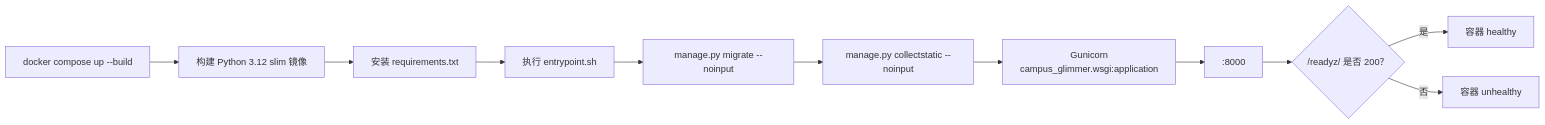
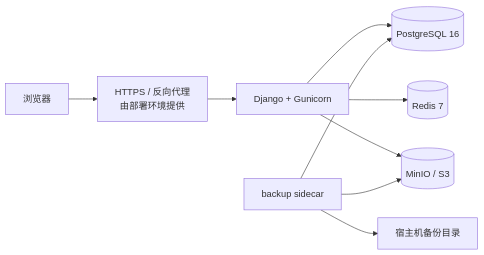
The diagram in docker/README.md (strawberry-little-bear/campus_glimmer), drawn with Mermaid before and after one commit. The commit also changed other lines of this file and 8 other files, not shown here.

````diff
--- a/docker/README.md
+++ b/docker/README.md
@@ -21,13 +30,11 @@
 ```mermaid
 flowchart LR
-    Build["docker compose up --build"] --> Image["构建 Python 3.12 slim 镜像"]
-    Image --> Install["安装 requirements.txt"]
-    Install --> Entry["执行 entrypoint.sh"]
-    Entry --> Migrate["manage.py migrate --noinput"]
-    Migrate --> Static["manage.py collectstatic --noinput"]
-    Static --> Gunicorn["Gunicorn<br/>campus_glimmer.wsgi:application"]
-    Gunicorn --> Web[":8000"]
-    Web --> Healthy{"/readyz/ 是否 200？"}
-    Healthy -->|是| Running["容器 healthy"]
-    Healthy -->|否| Unhealthy["容器 unhealthy"]
+    Browser["浏览器"] --> Proxy["HTTPS / 反向代理<br/>由部署环境提供"]
+    Proxy --> Web["Django + Gunicorn"]
+    Web --> PG[("PostgreSQL 16")]
+    Web --> Redis[("Redis 7")]
+    Web --> MinIO[("MinIO / S3")]
+    Backup["backup sidecar"] --> PG
+    Backup --> MinIO
+    Backup --> Disk["宿主机备份目录"]
 ```
````
